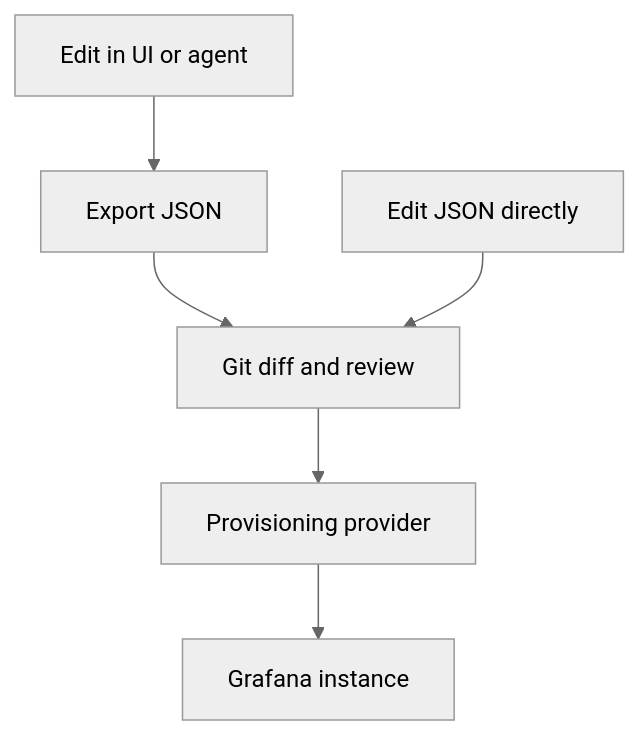
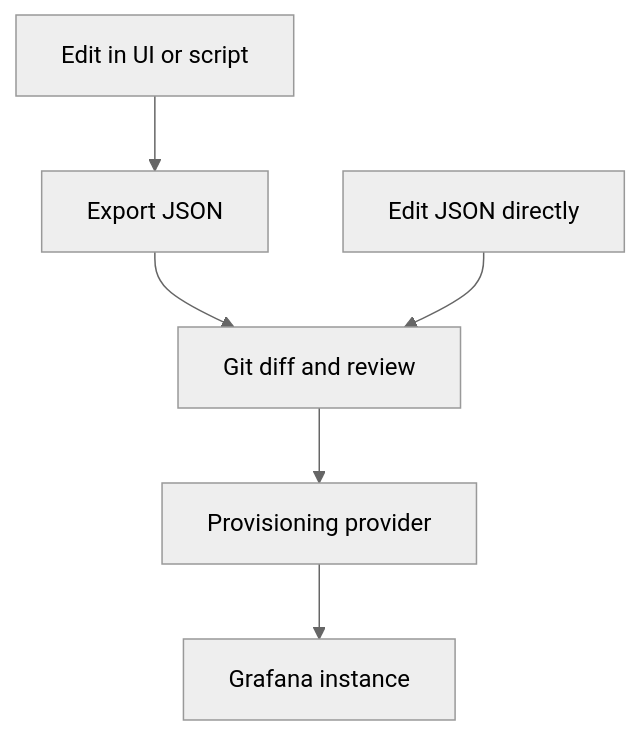
The third of 5 diagrams in slides.md (hanx-hep/2026-cepc-dci), drawn with Mermaid (neutral theme) before and after one commit. The commit also changed other lines of this file, not shown here.

````diff
--- a/slides.md
+++ b/slides.md
@@ -155,8 +157,8 @@
 ```mermaid {scale: 0.56}
 flowchart TD
-    A[Edit in UI or agent] --> E
+    A[Edit in UI or script] --> E
     E[Export JSON] --> B
     F[Edit JSON directly] --> B
     B[Git diff and review] --> C[Provisioning provider]
     C --> D[Grafana instance]
 ```
````
